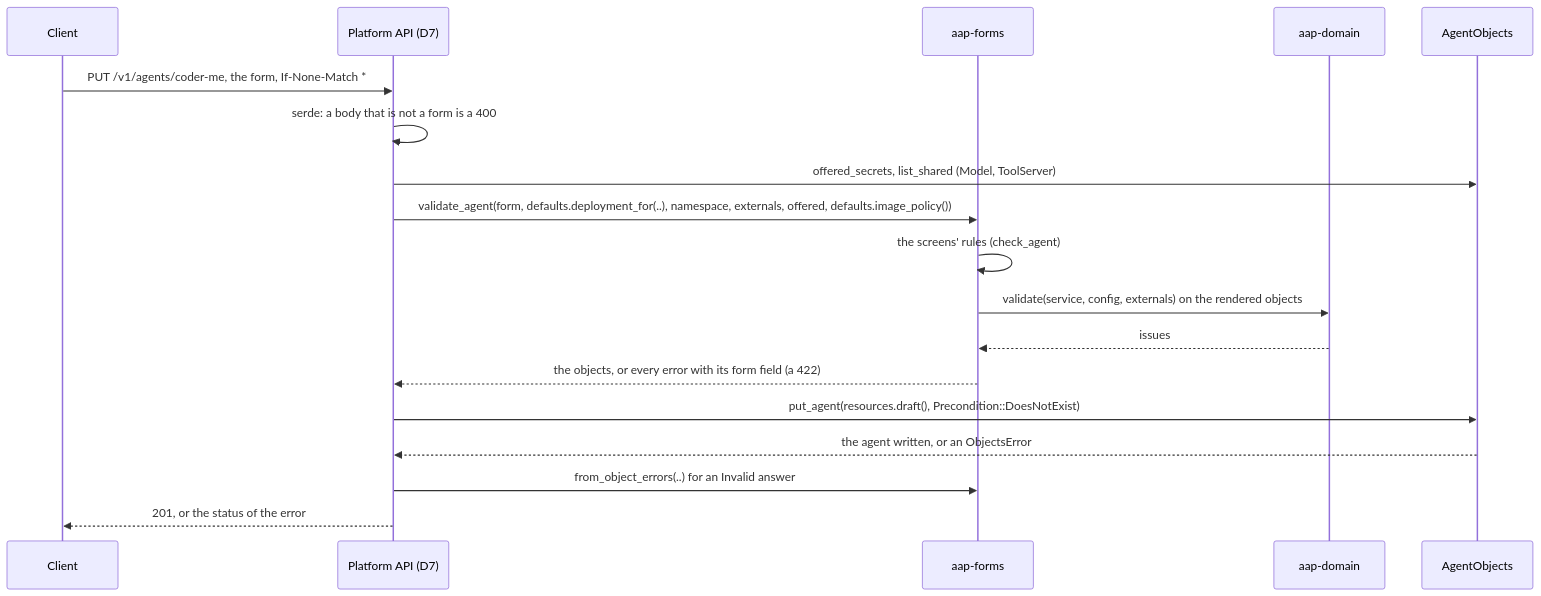
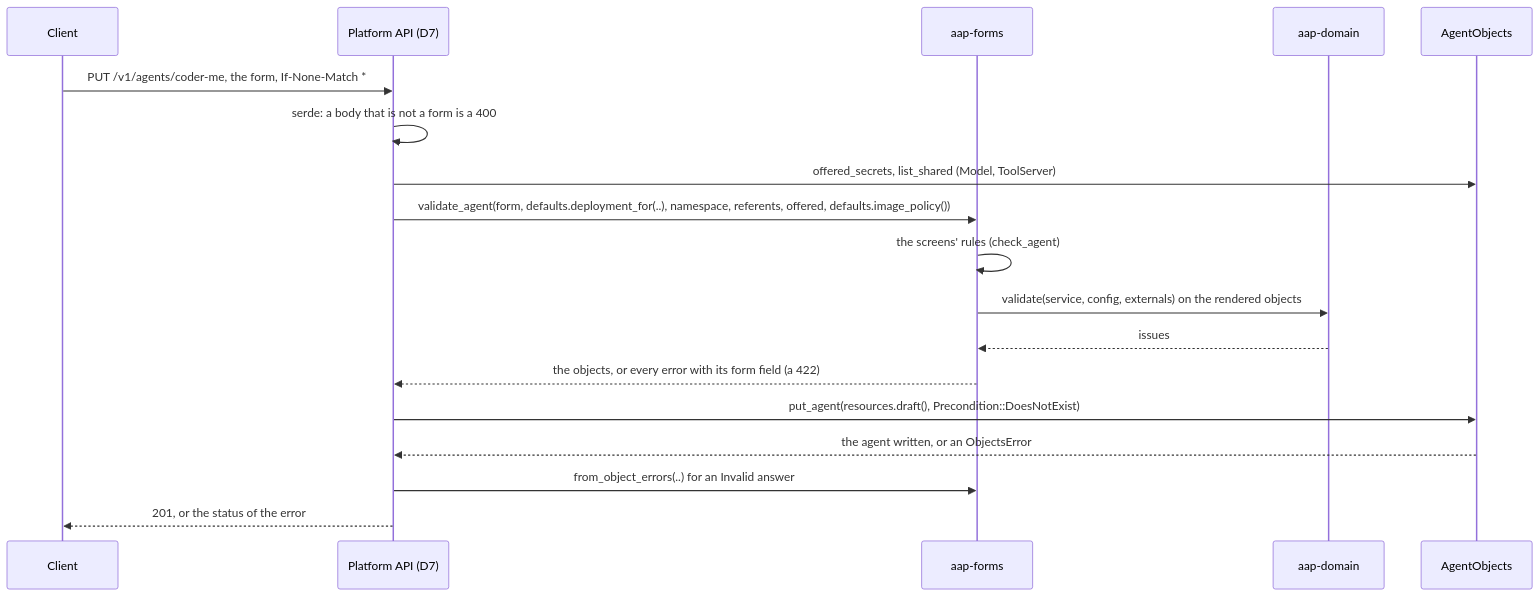
One commit to vymalo/another-agentic-platform changed the diagram in crates/forms/README.md. Above: the diagram before and after it, drawn with Mermaid. The commit also changed other lines of this file and 5 other files, not shown here.

````diff
--- a/crates/forms/README.md
+++ b/crates/forms/README.md
@@ -11,21 +11,21 @@
 ```mermaid
 sequenceDiagram
     participant C as Client
     participant A as Platform API (D7)
     participant F as aap-forms
     participant D as aap-domain
     participant S as AgentObjects
 
     C->>A: PUT /v1/agents/coder-me, the form, If-None-Match *
     A->>A: serde: a body that is not a form is a 400
     A->>S: offered_secrets, list_shared (Model, ToolServer)
-    A->>F: validate_agent(form, defaults.deployment_for(..), namespace, externals, offered, defaults.image_policy())
+    A->>F: validate_agent(form, defaults.deployment_for(..), namespace, referents, offered, defaults.image_policy())
     F->>F: the screens' rules (check_agent)
     F->>D: validate(service, config, externals) on the rendered objects
     D-->>F: issues
     F-->>A: the objects, or every error with its form field (a 422)
     A->>S: put_agent(resources.draft(), Precondition::DoesNotExist)
     S-->>A: the agent written, or an ObjectsError
     A->>F: from_object_errors(..) for an Invalid answer
     A-->>C: 201, or the status of the error
 ```
````
